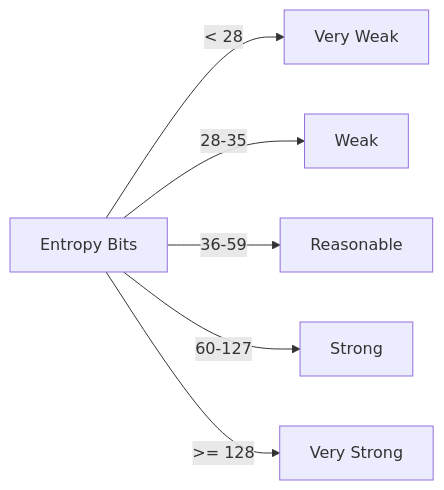
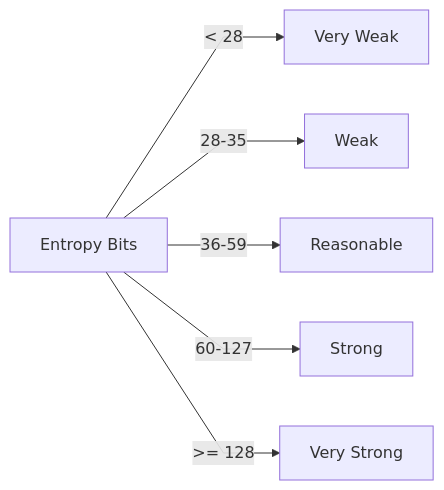
One commit to bhataakib02/cybersecurityCasestudy changed the third of 4 diagrams in CaseStudy4_Password_Analysis_and_Policy_Report.md. Above: the diagram before and after it, drawn with Mermaid. The commit also changed other lines of this file and 4 other files, not shown here.

Commit message:
Add proper Mermaid diagrams (.mmd) and reference them with captions; enhance diagram rendering init blocks

````diff
--- a/CaseStudy4_Password_Analysis_and_Policy_Report.md
+++ b/CaseStudy4_Password_Analysis_and_Policy_Report.md
@@ -137,8 +139,9 @@
 ```mermaid
+%%{init: { 'flowchart': { 'curve': 'linear' } } }%%
 graph LR
   A[Entropy Bits] -->|< 28| V[Very Weak]
   A -->|28-35| W[Weak]
   A -->|36-59| R[Reasonable]
   A -->|60-127| S[Strong]
   A -->|>= 128| VS[Very Strong]
 ```
````
